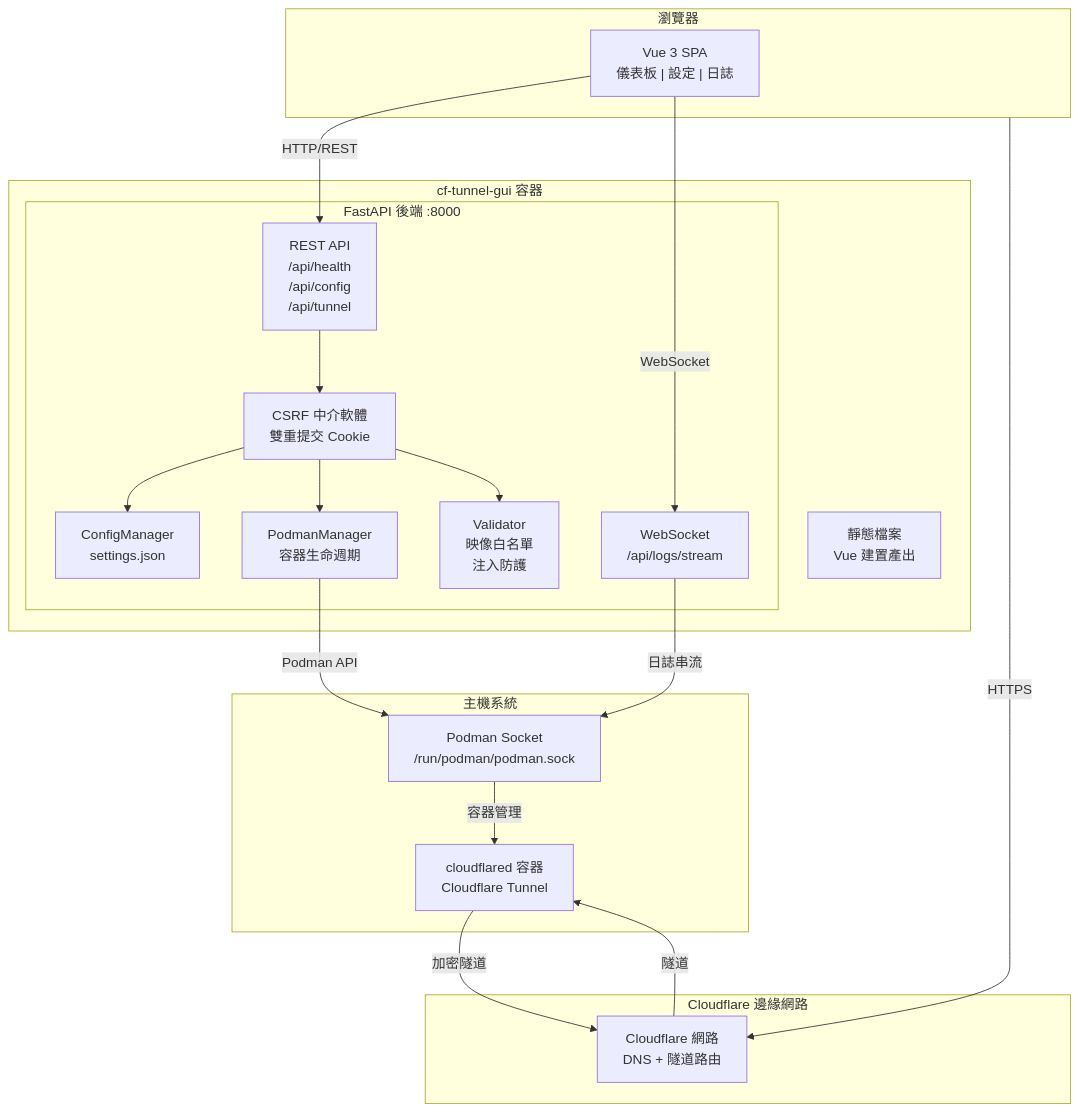
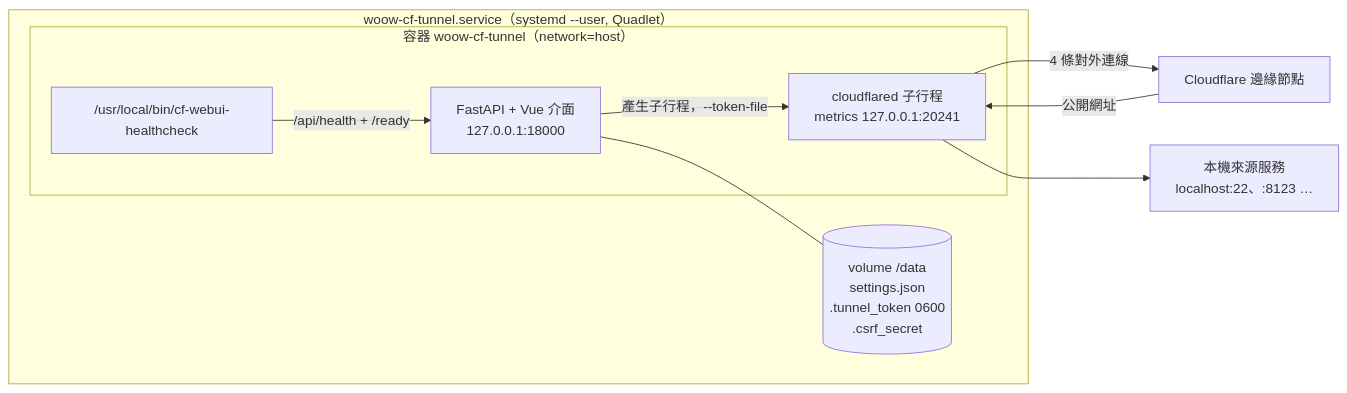
Before and after one commit to WOOWTECH/Woow_cloudflare_tunnel_webgui: the diagram in README_zh-TW.md, drawn with Mermaid. The commit also changed other lines of this file and 3 other files, not shown here.

````diff
--- a/README_zh-TW.md
+++ b/README_zh-TW.md
@@ -86,40 +41,19 @@
 ```mermaid
-graph TB
-    subgraph Browser["瀏覽器"]
-        UI["Vue 3 SPA<br/>儀表板 | 設定 | 日誌"]
+graph LR
+    subgraph U["woow-cf-tunnel.service（systemd --user, Quadlet）"]
+        subgraph C["容器 woow-cf-tunnel（network=host）"]
+            API["FastAPI + Vue 介面<br/>127.0.0.1:18000"]
+            CFD["cloudflared 子行程<br/>metrics 127.0.0.1:20241"]
+            HC["/usr/local/bin/cf-webui-healthcheck"]
+        end
+        VOL[("volume /data<br/>settings.json<br/>.tunnel_token 0600<br/>.csrf_secret")]
     end
+    EDGE["Cloudflare 邊緣節點"]
+    ORIG["本機來源服務<br/>localhost:22、:8123 …"]
 
-    subgraph Container["cf-tunnel-gui 容器"]
-        subgraph Backend["FastAPI 後端 :8000"]
-            API["REST API<br/>/api/health<br/>/api/config<br/>/api/tunnel"]
-            WS["WebSocket<br/>/api/logs/stream"]
-            CSRF["CSRF 中介軟體<br/>雙重提交 Cookie"]
-            CM["ConfigManager<br/>settings.json"]
-            PM["PodmanManager<br/>容器生命週期"]
-            VAL["Validator<br/>映像白名單<br/>注入防護"]
-        end
-        STATIC["靜態檔案<br/>Vue 建置產出"]
-    end
-
-    subgraph Host["主機系統"]
-        SOCK["Podman Socket<br/>/run/podman/podman.sock"]
-        CF["cloudflared 容器<br/>Cloudflare Tunnel"]
-    end
-
-    subgraph Cloud["Cloudflare 邊緣網路"]
-        EDGE["Cloudflare 網路<br/>DNS + 隧道路由"]
-    end
-
-    UI -->|"HTTP/REST"| API
-    UI -->|"WebSocket"| WS
-    API --> CSRF
-    CSRF --> CM
-    CSRF --> PM
-    CSRF --> VAL
-    PM -->|"Podman API"| SOCK
-    SOCK -->|"容器管理"| CF
-    CF -->|"加密隧道"| EDGE
-    WS -->|"日誌串流"| SOCK
-    Browser -->|"HTTPS"| EDGE
-    EDGE -->|"隧道"| CF
+    API -->|產生子行程，--token-file| CFD
+    API --- VOL
+    CFD -->|4 條對外連線| EDGE
+    EDGE -->|公開網址| CFD --> ORIG
+    HC -->|/api/health + /ready| API
 ```
````
